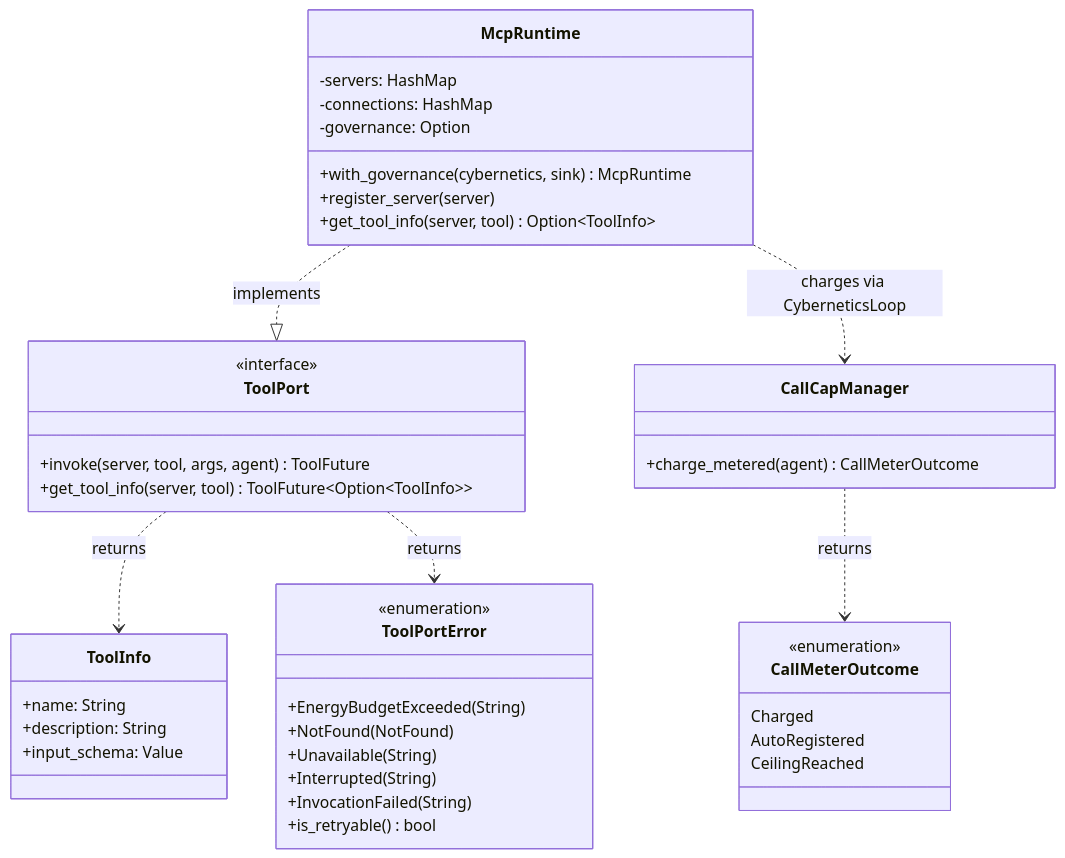
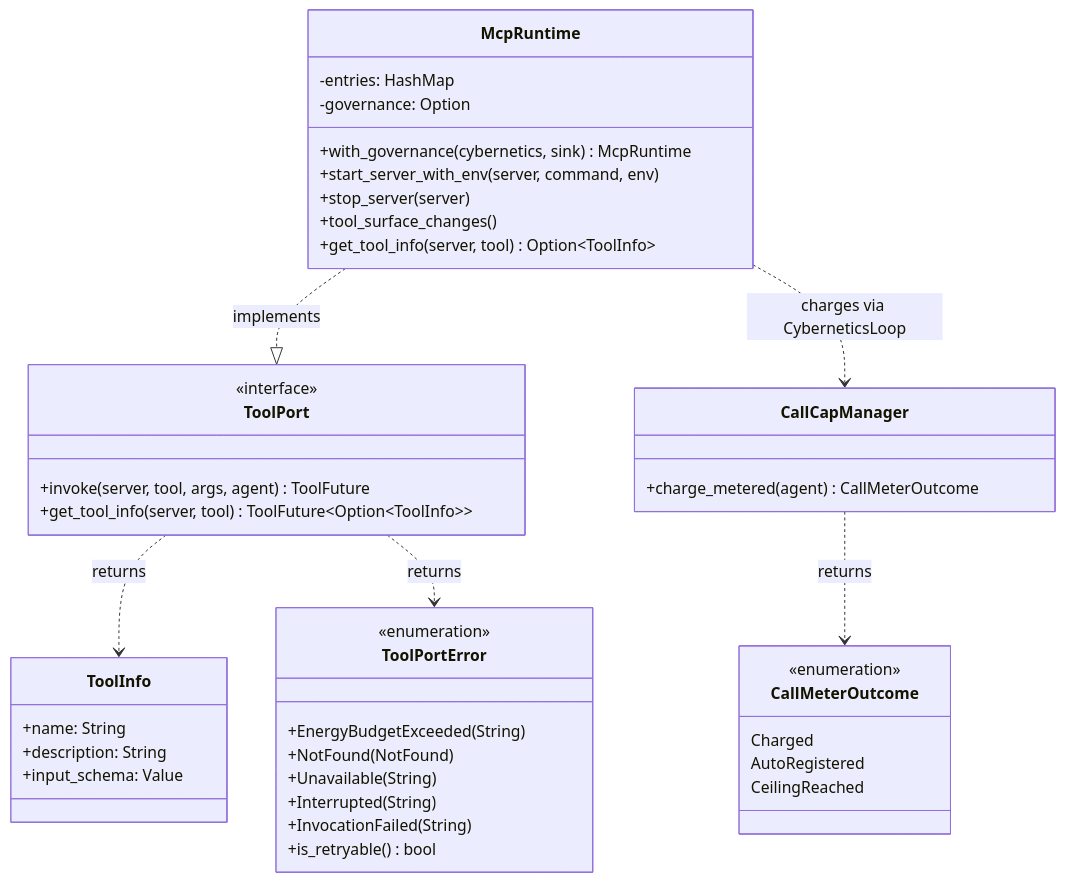
The fifth of 8 diagrams in kask/docs/diagrams/architecture.md (mdz-axo/zed-kask), drawn with Mermaid before and after one commit. The commit also changed other lines of this file and 32 other files, not shown here.

````diff
--- a/kask/docs/diagrams/architecture.md
+++ b/kask/docs/diagrams/architecture.md
@@ -331,50 +331,51 @@
 ```mermaid
 classDiagram
     class ToolPort {
         <<interface>>
         +invoke(server, tool, args, agent) ToolFuture
         +get_tool_info(server, tool) ToolFuture~Option~ToolInfo~~
     }
 
     class ToolInfo {
         +name: String
         +description: String
         +input_schema: Value
     }
 
     class ToolPortError {
         <<enumeration>>
         +EnergyBudgetExceeded(String)
         +NotFound(NotFound)
         +Unavailable(String)
         +Interrupted(String)
         +InvocationFailed(String)
         +is_retryable() bool
     }
 
     class McpRuntime {
-        -servers: HashMap
-        -connections: HashMap
+        -entries: HashMap
         -governance: Option
         +with_governance(cybernetics, sink) McpRuntime
-        +register_server(server)
+        +start_server_with_env(server, command, env)
+        +stop_server(server)
+        +tool_surface_changes()
         +get_tool_info(server, tool) Option~ToolInfo~
     }
 
     class CallCapManager {
         +charge_metered(agent) CallMeterOutcome
     }
 
     class CallMeterOutcome {
         <<enumeration>>
         Charged
         AutoRegistered
         CeilingReached
     }
 
     ToolPort ..> ToolInfo : returns
     ToolPort ..> ToolPortError : returns
     McpRuntime ..|> ToolPort : implements
     McpRuntime ..> CallCapManager : charges via CyberneticsLoop
     CallCapManager ..> CallMeterOutcome : returns
 ```
````
